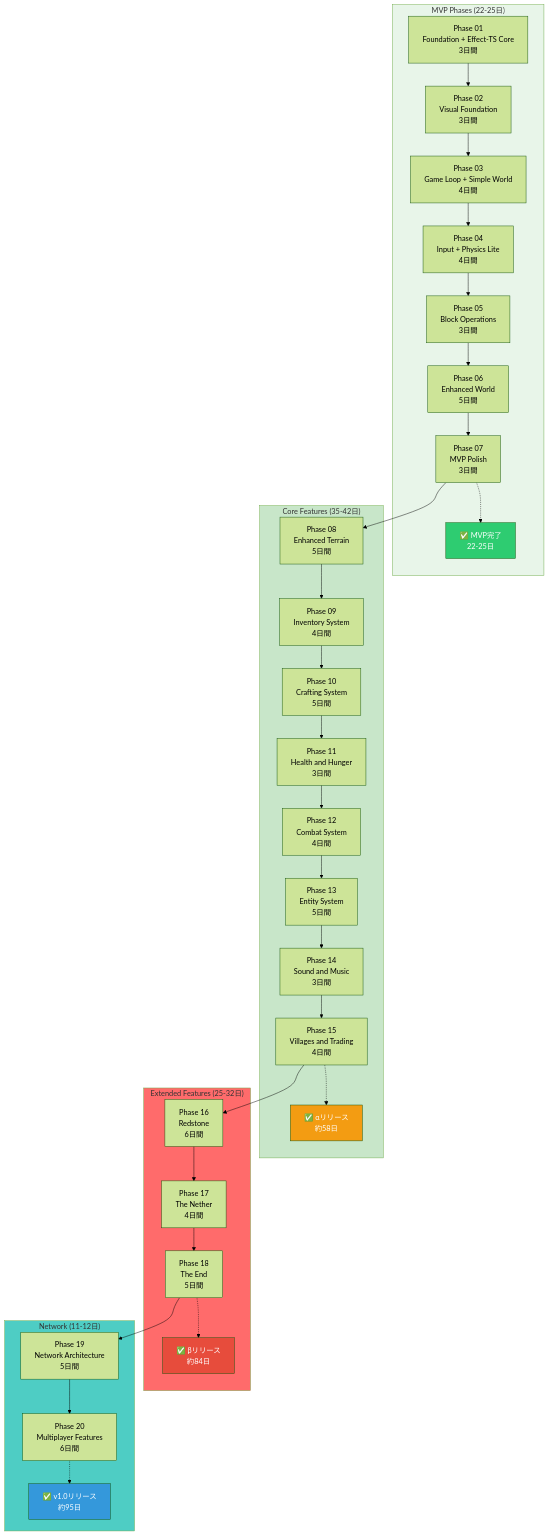
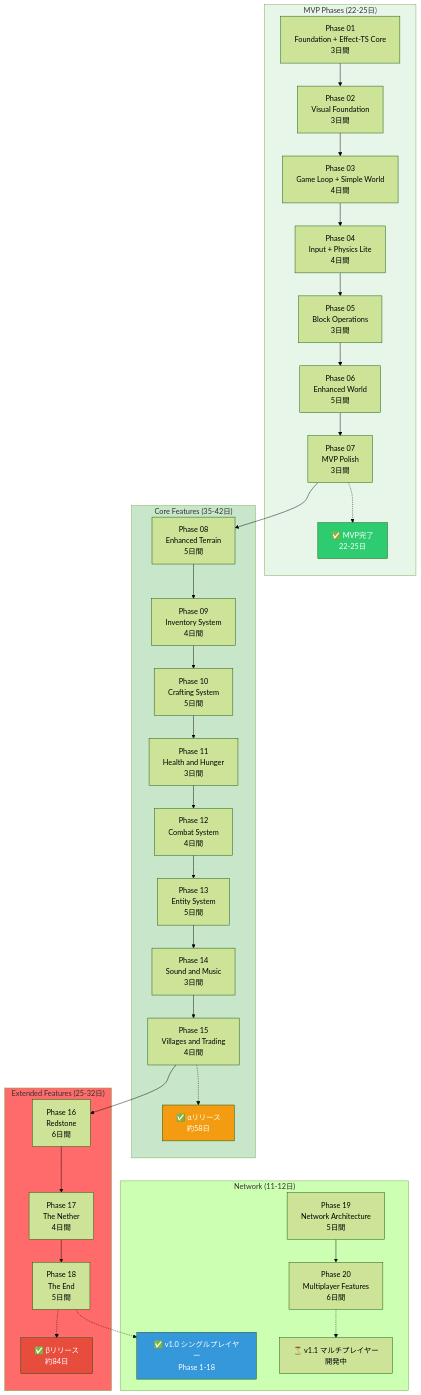
Before and after one commit to takeokunn/ts-minecraft: the diagram in phase/README.md, drawn with Mermaid (forest theme). The commit also changed other lines of this file and 28 other files, not shown here.

```diff
--- a/phase/README.md
+++ b/phase/README.md
@@ -309,11 +313,19 @@
         P19[Phase 19<br/>Network Architecture<br/>5日間]
         P20[Phase 20<br/>Multiplayer Features<br/>6日間]
 
-        V1_Milestone[✅ v1.0リリース<br/>約95日]
+        V1_Milestone[✅ v1.0 シングルプレイヤー<br/>Phase 1-18]
 
-        P18 --> P19
+        P18 -.-> V1_Milestone
+    end
+
+    subgraph Network ["Network (11-12日)"]
+        P19[Phase 19<br/>Network Architecture<br/>5日間]
+        P20[Phase 20<br/>Multiplayer Features<br/>6日間]
+
+        V1_1_Milestone[⏳ v1.1 マルチプレイヤー<br/>開発中]
+
         P19 --> P20
-        P20 -.-> V1_Milestone
+        P20 -.-> V1_1_Milestone
     end
 
     style MVP fill:#e8f5e9
```
